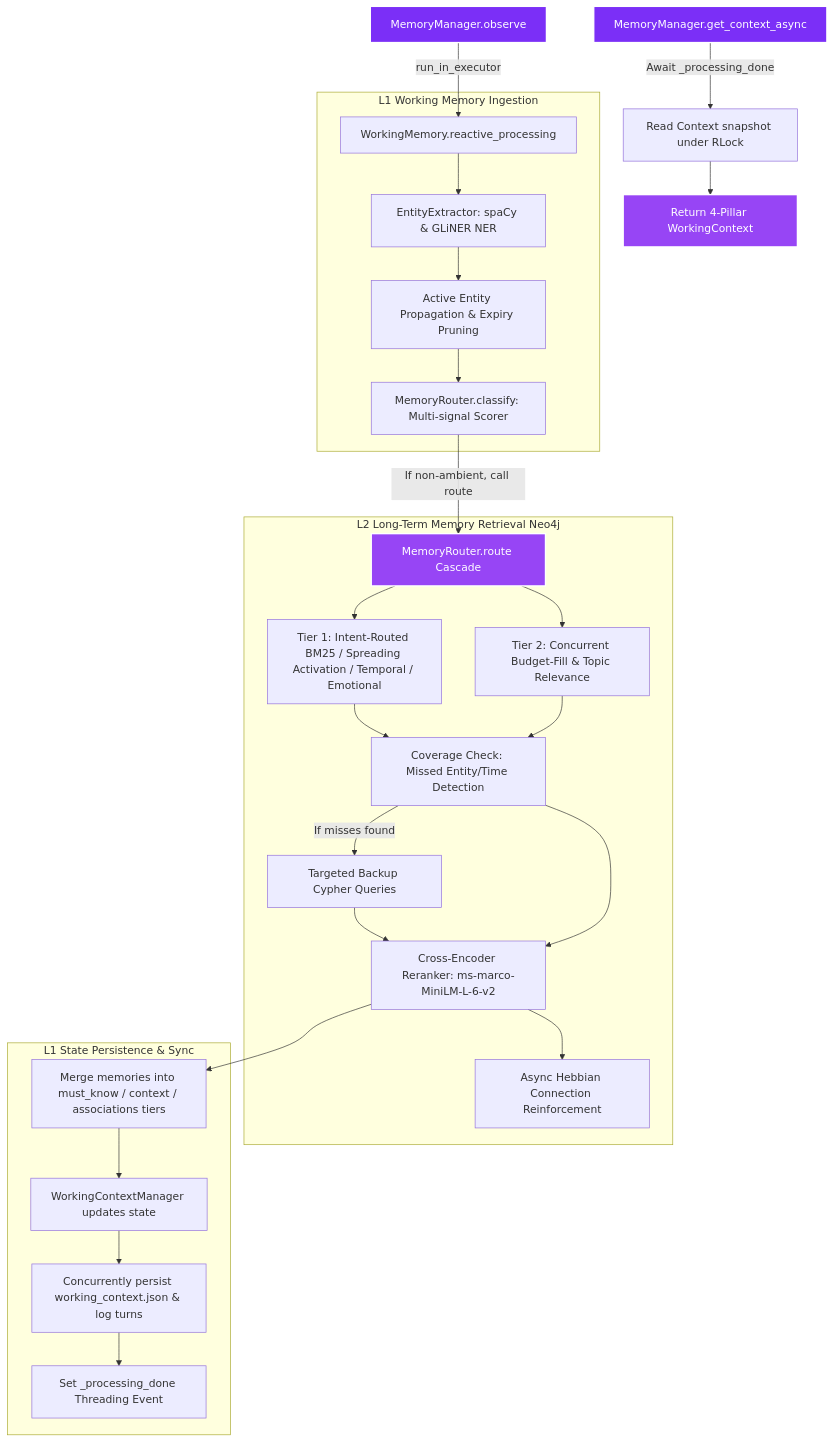
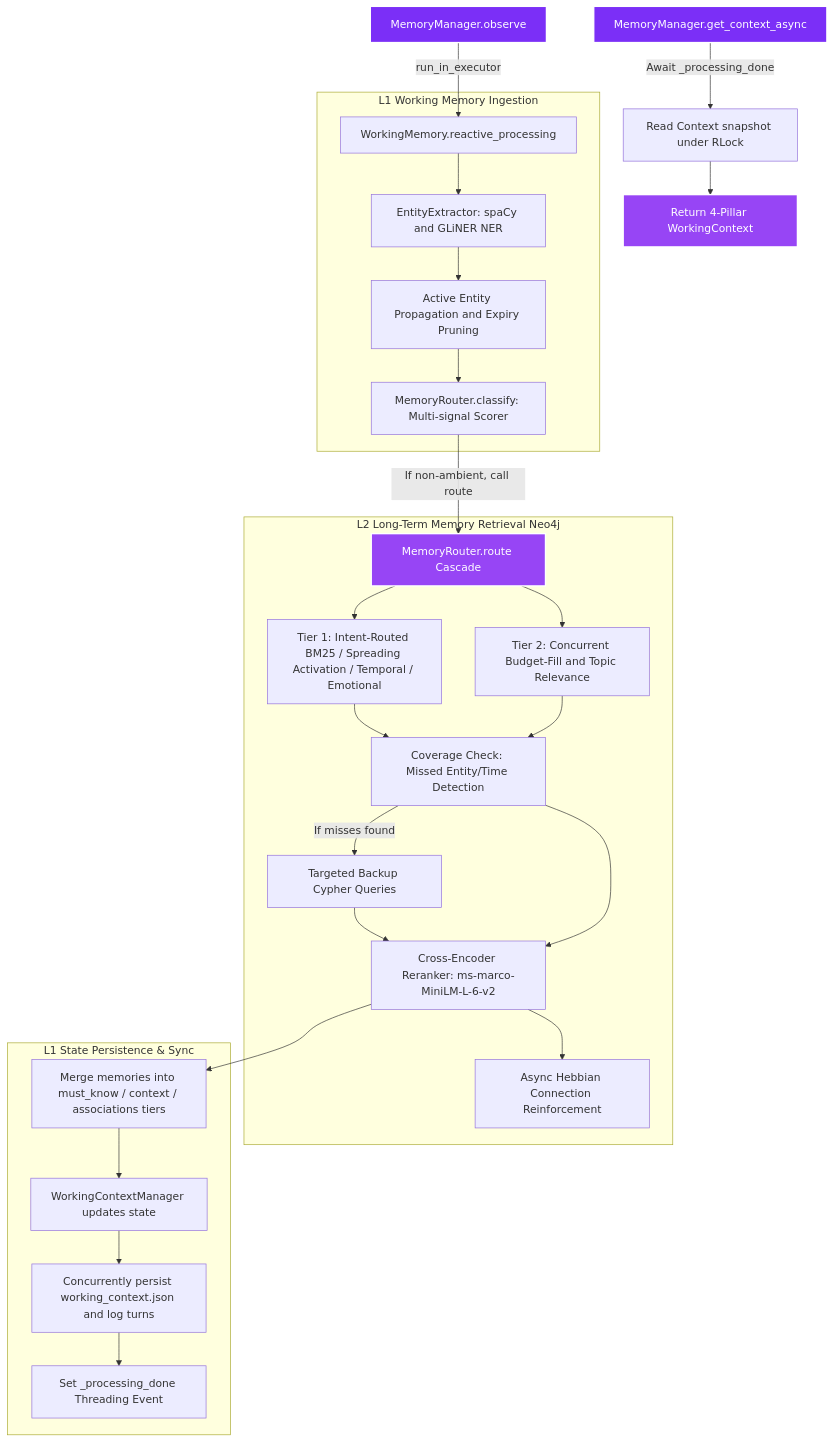
Before and after one commit to zafar-TechWizard/zafar-TechWizard: the first of 2 diagrams in README.md, drawn with Mermaid. The commit also changed other lines of this file, not shown here.

Commit message:
docs: quote strings in mermaid diagrams to improve rendering compatibility in README.md

````diff
--- a/README.md
+++ b/README.md
@@ -51,39 +51,39 @@
 ```mermaid
 graph TD
     %% Ingestion Gate
-    Observe[MemoryManager.observe] -->|run_in_executor| Reactive[WorkingMemory.reactive_processing]
+    Observe["MemoryManager.observe"] -->|run_in_executor| Reactive["WorkingMemory.reactive_processing"]
     
     subgraph L1 Working Memory Ingestion
-        Reactive --> Extraction[EntityExtractor: spaCy & GLiNER NER]
-        Extraction --> Propagate[Active Entity Propagation & Expiry Pruning]
-        Propagate --> IntentClass[MemoryRouter.classify: Multi-signal Scorer]
+        Reactive --> Extraction["EntityExtractor: spaCy and GLiNER NER"]
+        Extraction --> Propagate["Active Entity Propagation and Expiry Pruning"]
+        Propagate --> IntentClass["MemoryRouter.classify: Multi-signal Scorer"]
     end
 
-    IntentClass -->|If non-ambient, call route| RouteCascade[MemoryRouter.route Cascade]
+    IntentClass -->|If non-ambient, call route| RouteCascade["MemoryRouter.route Cascade"]
 
     subgraph L2 Long-Term Memory Retrieval Neo4j
-        RouteCascade --> Tier1[Tier 1: Intent-Routed BM25 / Spreading Activation / Temporal / Emotional]
-        RouteCascade --> Tier2[Tier 2: Concurrent Budget-Fill & Topic Relevance]
-        Tier1 & Tier2 --> Coverage[Coverage Check: Missed Entity/Time Detection]
-        Coverage -->|If misses found| Backups[Targeted Backup Cypher Queries]
-        Backups & Coverage --> Rerank[Cross-Encoder Reranker: ms-marco-MiniLM-L-6-v2]
-        Rerank --> Reinforce[Async Hebbian Connection Reinforcement]
+        RouteCascade --> Tier1["Tier 1: Intent-Routed BM25 / Spreading Activation / Temporal / Emotional"]
+        RouteCascade --> Tier2["Tier 2: Concurrent Budget-Fill and Topic Relevance"]
+        Tier1 & Tier2 --> Coverage["Coverage Check: Missed Entity/Time Detection"]
+        Coverage -->|If misses found| Backups["Targeted Backup Cypher Queries"]
+        Backups & Coverage --> Rerank["Cross-Encoder Reranker: ms-marco-MiniLM-L-6-v2"]
+        Rerank --> Reinforce["Async Hebbian Connection Reinforcement"]
     end
 
-    Rerank --> Merge[Merge memories into must_know / context / associations tiers]
+    Rerank --> Merge["Merge memories into must_know / context / associations tiers"]
     
     subgraph L1 State Persistence & Sync
-        Merge --> WCUpdate[WorkingContextManager updates state]
-        WCUpdate --> Persist[Concurrently persist working_context.json & log turns]
-        Persist --> DoneEvent[Set _processing_done Threading Event]
+        Merge --> WCUpdate["WorkingContextManager updates state"]
+        WCUpdate --> Persist["Concurrently persist working_context.json and log turns"]
+        Persist --> DoneEvent["Set _processing_done Threading Event"]
     end
 
     %% Retrieval Gate
-    GetCtx[MemoryManager.get_context_async] -->|Await _processing_done| GetSnapshot[Read Context snapshot under RLock]
-    GetSnapshot --> ReturnCtx[Return 4-Pillar WorkingContext]
+    GetCtx["MemoryManager.get_context_async"] -->|Await _processing_done| GetSnapshot["Read Context snapshot under RLock"]
+    GetSnapshot --> ReturnCtx["Return 4-Pillar WorkingContext"]
 
     style Observe fill:#7B2FF7,stroke:#fff,stroke-width:2px,color:#fff
     style GetCtx fill:#7B2FF7,stroke:#fff,stroke-width:2px,color:#fff
     style RouteCascade fill:#9745F5,stroke:#fff,stroke-width:2px,color:#fff
     style ReturnCtx fill:#9745F5,stroke:#fff,stroke-width:2px,color:#fff
 ```
````
